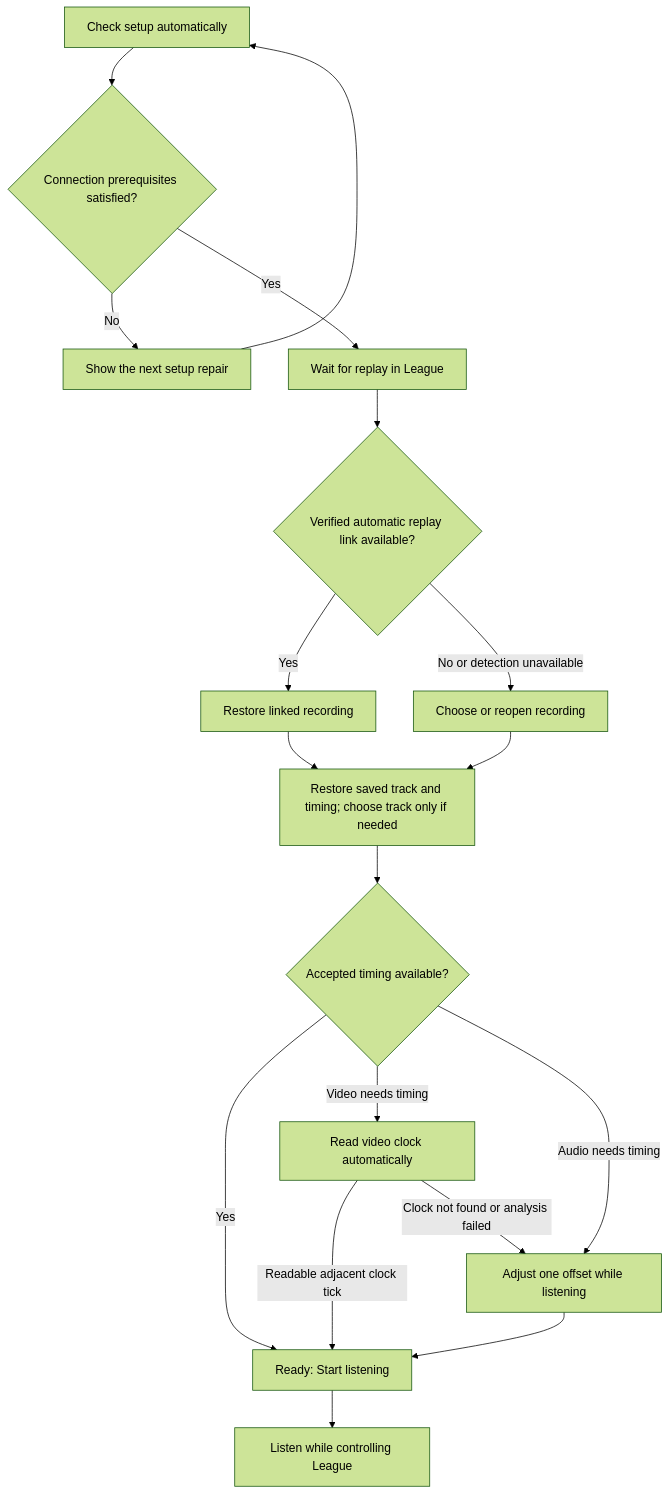
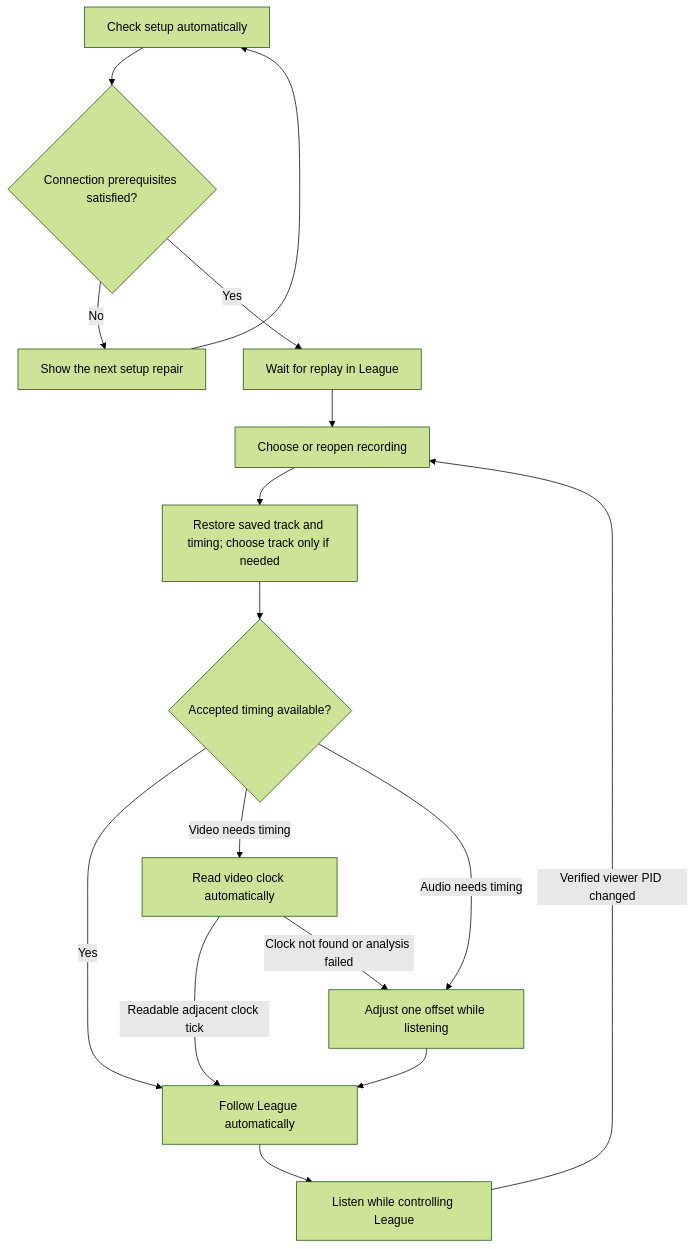
The diagram in UX_DESIGN.md (felixmirave/league-replay-comms), drawn with Mermaid (forest theme) before and after one commit. The commit also changed other lines of this file and 31 other files, not shown here.

First line of the commit message:
Follow replays automatically and preserve audio through reconnects (0.3.1) (#4)

````diff
--- a/UX_DESIGN.md
+++ b/UX_DESIGN.md
@@ -33,20 +29,18 @@
 ```mermaid
 flowchart TD
     A[Check setup automatically] --> B{Connection prerequisites satisfied?}
     B -->|No| C[Show the next setup repair]
     C --> A
     B -->|Yes| D[Wait for replay in League]
-    D --> F{Verified automatic replay link available?}
-    F -->|Yes| G[Restore linked recording]
-    F -->|No or detection unavailable| H[Choose or reopen recording]
-    G --> I[Restore saved track and timing; choose track only if needed]
-    H --> I
+    D --> H[Choose or reopen recording]
+    H --> I[Restore saved track and timing; choose track only if needed]
     I --> J{Accepted timing available?}
-    J -->|Yes| N[Ready: Start listening]
+    J -->|Yes| N[Follow League automatically]
     J -->|Video needs timing| K[Read video clock automatically]
     J -->|Audio needs timing| L[Adjust one offset while listening]
     K -->|Readable adjacent clock tick| N
     K -->|Clock not found or analysis failed| L
     L --> N
     N --> P[Listen while controlling League]
+    P -->|Verified viewer PID changed| H
 ```
````
